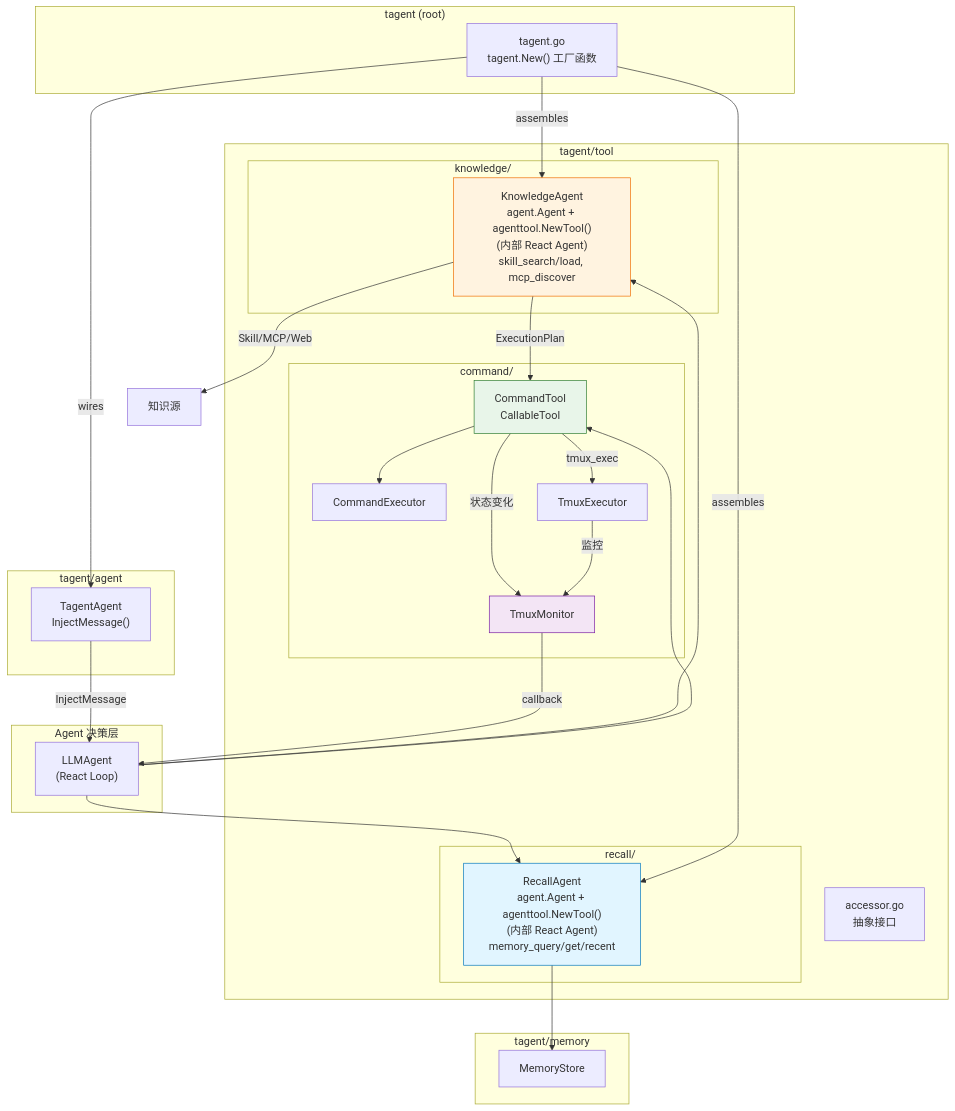
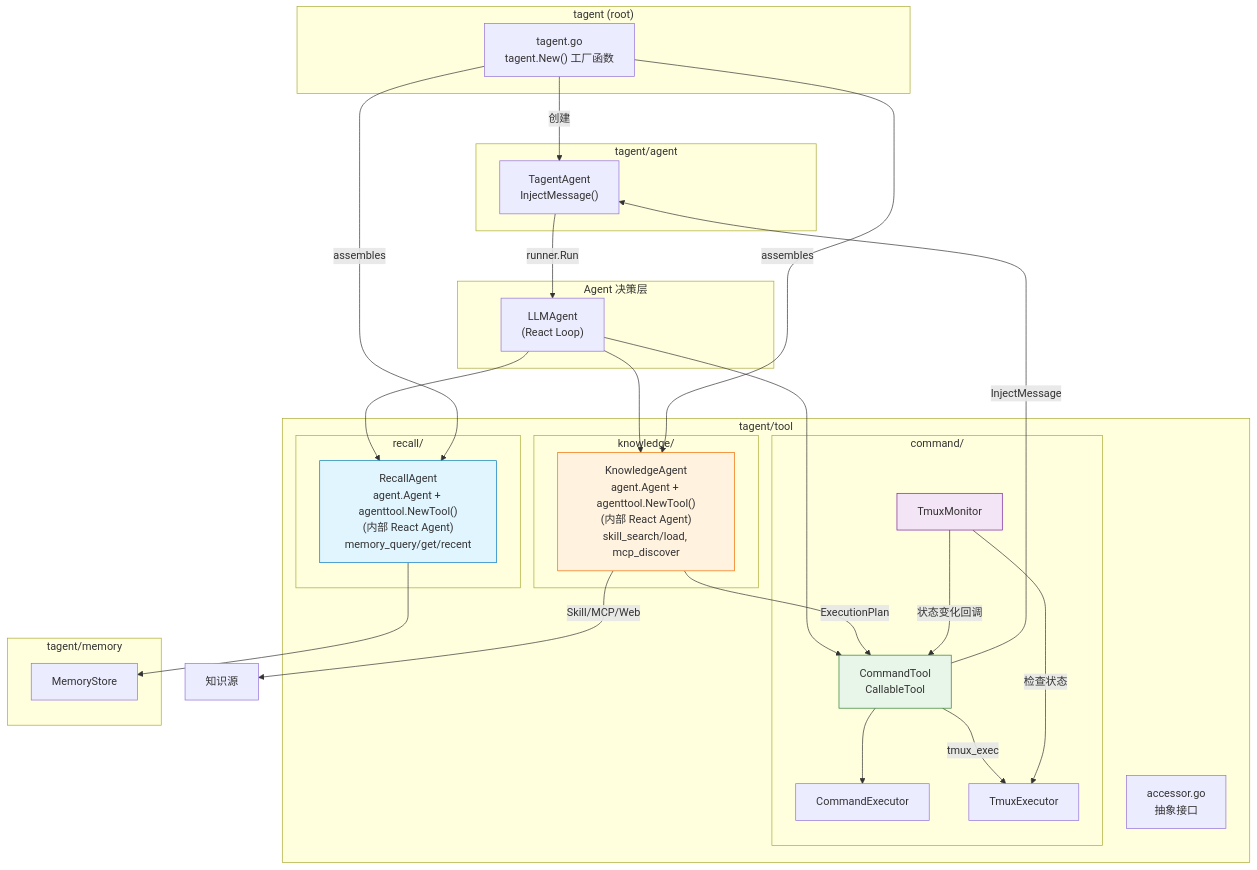
Before and after one commit to SpellingDragon/tagent: the first of 6 diagrams in docs/wiki/tool/tool-architecture.md, drawn with Mermaid. The commit also changed other lines of this file and 53 other files, not shown here.

````diff
--- a/docs/wiki/tool/tool-architecture.md
+++ b/docs/wiki/tool/tool-architecture.md
@@ -100,56 +100,56 @@
 ```mermaid
 graph TB
     subgraph "tagent (root)"
         KA["tagent.go\ntagent.New() 工厂函数"]
     end
 
     subgraph "tagent/agent"
         TA["TagentAgent\nInjectMessage()"]
     end
 
     subgraph "tagent/tool"
         subgraph "recall/"
             RA["RecallAgent\nagent.Agent + agenttool.NewTool()\n(内部 React Agent)\nmemory_query/get/recent"]
         end
         subgraph "knowledge/"
             KT["KnowledgeAgent\nagent.Agent + agenttool.NewTool()\n(内部 React Agent)\nskill_search/load, mcp_discover"]
         end
         subgraph "command/"
             CT["CommandTool\nCallableTool"]
             CE["CommandExecutor"]
             TE["TmuxExecutor"]
             TM["TmuxMonitor"]
         end
         AC["accessor.go\n抽象接口"]
     end
 
     subgraph "tagent/memory"
         MS["MemoryStore"]
     end
 
     subgraph "Agent 决策层"
         LLMA["LLMAgent\n(React Loop)"]
     end
 
     LLMA --> RA
     LLMA --> KT
     LLMA --> CT
 
     RA --> MS
     KT -->|Skill/MCP/Web| SRC["知识源"]
     KT -->|ExecutionPlan| CT
     CT --> CE
     CT -->|tmux_exec| TE
-    CT -->|状态变化| TM
-    TE -->|监控| TM
-    TM -->|callback| LLMA
+    TM -->|检查状态| TE
+    TM -->|状态变化回调| CT
+    CT -->|InjectMessage| TA
+    TA -->|runner.Run| LLMA
+    KA -->|创建| TA
     KA -->|assembles| RA
     KA -->|assembles| KT
-    KA -->|wires| TA
-    TA -->|InjectMessage| LLMA
 
     style RA fill:#e1f5ff,stroke:#0277bd
     style KT fill:#fff3e0,stroke:#ef6c00
     style CT fill:#e8f5e9,stroke:#2e7d32
     style TM fill:#f3e5f5,stroke:#7b1fa2
 ```
````
